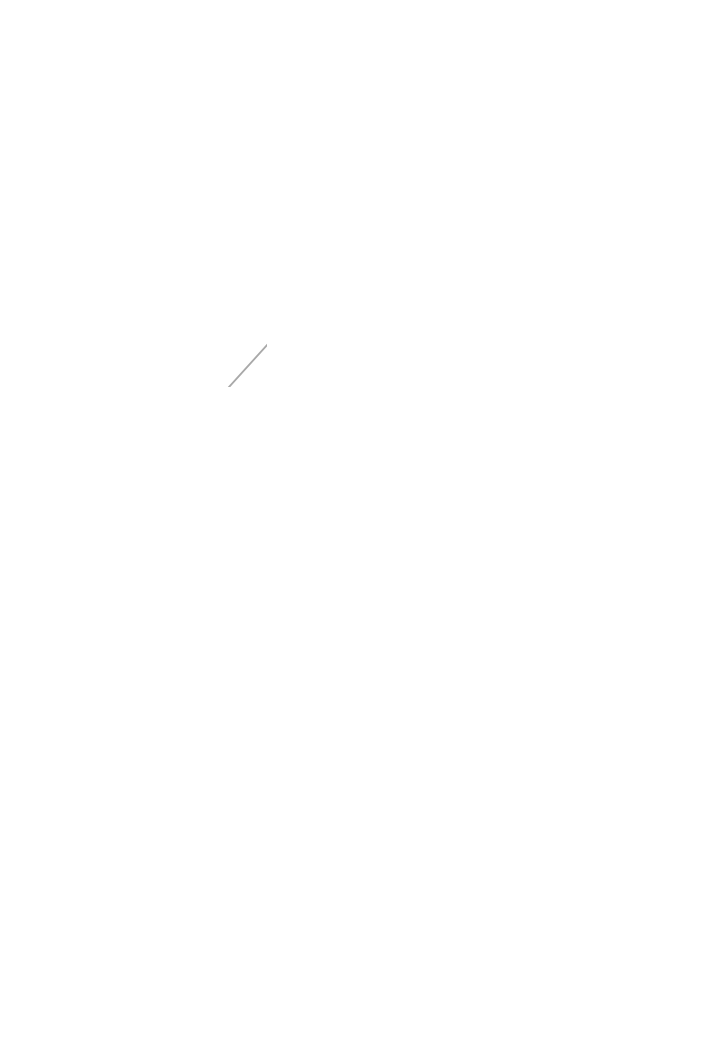
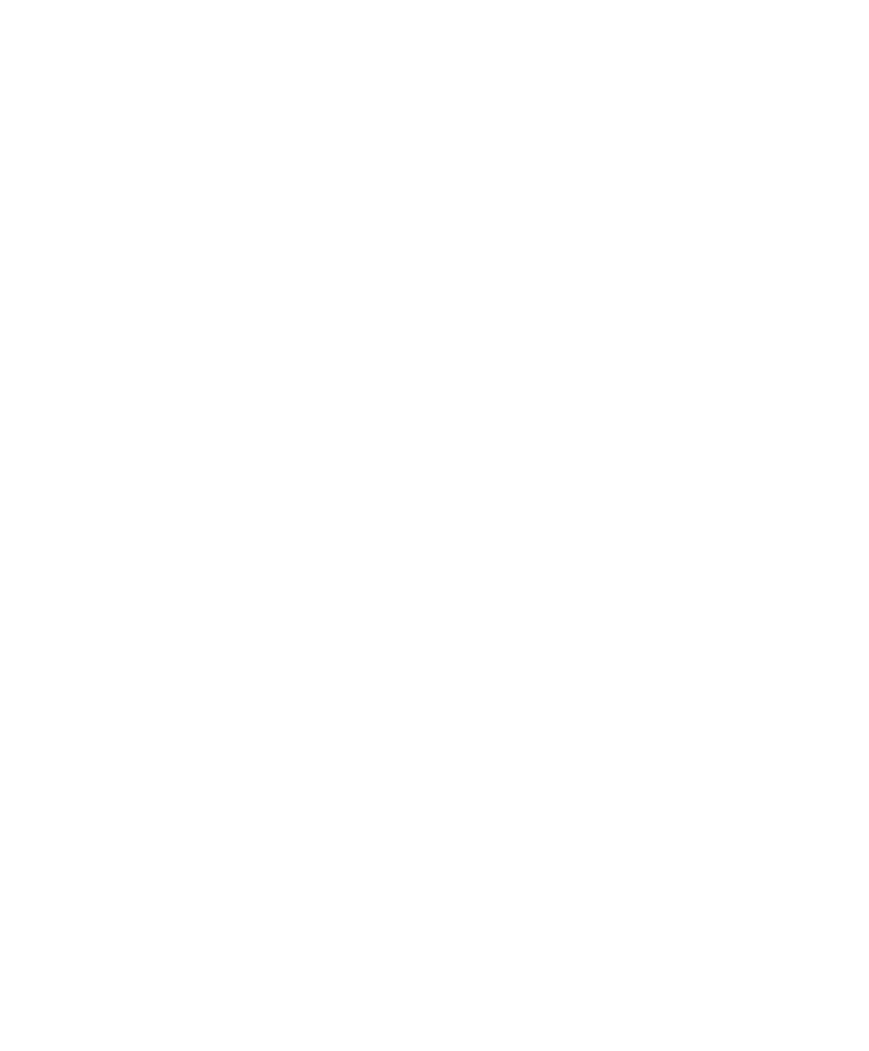
The diagram in data/graph.dot (dodokek/Tree-Structure-Akinator), drawn with Graphviz before and after one commit. The commit also changed 4 other files, not shown here.

```diff
--- a/data/graph.dot
+++ b/data/graph.dot
@@ -1,55 +1,61 @@
 
     digraph g {
         dpi      = 200;
         fontname = "Comic Sans MS";
         fontsize = 20;
         rankdir   =  TB;
         edge [color = darkgrey, arrowhead = onormal, arrowsize = 1, penwidth = 1.2]
         graph[fillcolor = lightgreen, ranksep = 1.3, nodesep = 0.5,
         style = "rounded, filled",color = green, penwidth = 2]
 
-    Node000001f389743940[shape=rectangle, color="red", width=0.2, style="filled",fillcolor="lightblue", label="Animal"] 
+    Node0000020efd283940[shape=rectangle, color="red", width=0.2, style="filled",fillcolor="lightblue", label="Animal"] 
  
-Node000001f389743970[shape=rectangle, color="red", width=0.2, style="filled",fillcolor="lightblue", label="Bebra"] 
+Node0000020efd283970[shape=rectangle, color="red", width=0.2, style="filled",fillcolor="lightblue", label="Bebra"] 
  
-Node000001f389743f80[shape=rectangle, color="red", width=0.2, style="filled",fillcolor="lightblue", label="TurboLol"] 
+Node0000020efd283f80[shape=rectangle, color="red", width=0.2, style="filled",fillcolor="lightblue", label="TurboLol"] 
  
-Node000001f3898b7c50[shape=rectangle, color="red", width=0.2, style="filled",fillcolor="lightblue", label="Kek"] 
+Node0000020efd397d80[shape=rectangle, color="red", width=0.2, style="filled",fillcolor="lightblue", label="Kek"] 
  
-Node000001f3898b7cf0[shape=rectangle, color="red", width=0.2, style="filled",fillcolor="lightblue", label="Cool"] 
+Node0000020efd397e20[shape=rectangle, color="red", width=0.2, style="filled",fillcolor="lightblue", label="Cool"] 
  
-Node000001f3898b7d90[shape=rectangle, color="red", width=0.2, style="filled",fillcolor="lightblue", label="AlexVlasenko"] 
+Node0000020efd2a7ae0[shape=rectangle, color="red", width=0.2, style="filled",fillcolor="lightblue", label="Dolbaeb"] 
  
-Node000001f3897a55f0[shape=rectangle, color="red", width=0.2, style="filled",fillcolor="lightblue", label="Hehe coo"] 
+Node0000020efd2a78a0[shape=rectangle, color="red", width=0.2, style="filled",fillcolor="lightblue", label="Vlados"] 
  
-Node000001f3897a5380[shape=rectangle, color="red", width=0.2, style="filled",fillcolor="lightblue", label="Hoho oo"] 
+Node0000020efd397ec0[shape=rectangle, color="red", width=0.2, style="filled",fillcolor="lightblue", label="AlexVlasenko"] 
  
-Node000001f3898b7e30[shape=rectangle, color="red", width=0.2, style="filled",fillcolor="lightblue", label="Amongus"] 
+Node0000020efd397f60[shape=rectangle, color="red", width=0.2, style="filled",fillcolor="lightblue", label="Hehe coo"] 
  
-Node000001f38c903870[shape=rectangle, color="red", width=0.2, style="filled",fillcolor="lightblue", label="Petushok"] 
+Node0000020efd398000[shape=rectangle, color="red", width=0.2, style="filled",fillcolor="lightblue", label="Hoho oo"] 
  
-Node000001f38c903840[shape=rectangle, color="red", width=0.2, style="filled",fillcolor="lightblue", label="Sashok"] 
+Node0000020efd3980a0[shape=rectangle, color="red", width=0.2, style="filled",fillcolor="lightblue", label="Amongus"] 
  
-Node000001f3898b7ed0[shape=rectangle, color="red", width=0.2, style="filled",fillcolor="lightblue", label="Sus"] 
+Node0000020efd398140[shape=rectangle, color="red", width=0.2, style="filled",fillcolor="lightblue", label="Petushok"] 
  
-Node000001f3898b7f70[shape=rectangle, color="red", width=0.2, style="filled",fillcolor="lightblue", label="NotBebra"] 
+Node0000020efd3981e0[shape=rectangle, color="red", width=0.2, style="filled",fillcolor="lightblue", label="Sashok"] 
  
-Node000001f3898b8010[shape=rectangle, color="red", width=0.2, style="filled",fillcolor="lightblue", label="Sanya"] 
+Node0000020efd398280[shape=rectangle, color="red", width=0.2, style="filled",fillcolor="lightblue", label="Sus"] 
  
-Node000001f3898b80b0[shape=rectangle, color="red", width=0.2, style="filled",fillcolor="lightblue", label="Vlados"] 
+Node0000020efd398320[shape=rectangle, color="red", width=0.2, style="filled",fillcolor="lightblue", label="NotBebra"] 
  
-Node000001f389743940->Node000001f389743970
-Node000001f389743970->Node000001f389743f80
-Node000001f389743f80->Node000001f3898b7c50
-Node000001f389743f80->Node000001f3898b7cf0
-Node000001f3898b7cf0->Node000001f3898b7d90
-Node000001f3898b7cf0->Node000001f3897a55f0
-Node000001f3897a55f0->Node000001f3897a5380
-Node000001f3897a55f0->Node000001f3898b7e30
-Node000001f389743970->Node000001f38c903870
-Node000001f38c903870->Node000001f38c903840
-Node000001f38c903870->Node000001f3898b7ed0
-Node000001f389743940->Node000001f3898b7f70
-Node000001f3898b7f70->Node000001f3898b8010
-Node000001f3898b7f70->Node000001f3898b80b0
+Node0000020efd398530[shape=rectangle, color="red", width=0.2, style="filled",fillcolor="lightblue", label="Sanya"] 
+ 
+Node0000020efd398500[shape=rectangle, color="red", width=0.2, style="filled",fillcolor="lightblue", label="Vlados"] 
+ 
+Node0000020efd283940->Node0000020efd283970
+Node0000020efd283970->Node0000020efd283f80
+Node0000020efd283f80->Node0000020efd397d80
+Node0000020efd283f80->Node0000020efd397e20
+Node0000020efd397e20->Node0000020efd2a7ae0
+Node0000020efd2a7ae0->Node0000020efd2a78a0
+Node0000020efd2a7ae0->Node0000020efd397ec0
+Node0000020efd397e20->Node0000020efd397f60
+Node0000020efd397f60->Node0000020efd398000
+Node0000020efd397f60->Node0000020efd3980a0
+Node0000020efd283970->Node0000020efd398140
+Node0000020efd398140->Node0000020efd3981e0
+Node0000020efd398140->Node0000020efd398280
+Node0000020efd283940->Node0000020efd398320
+Node0000020efd398320->Node0000020efd398530
+Node0000020efd398320->Node0000020efd398500
 }
```
